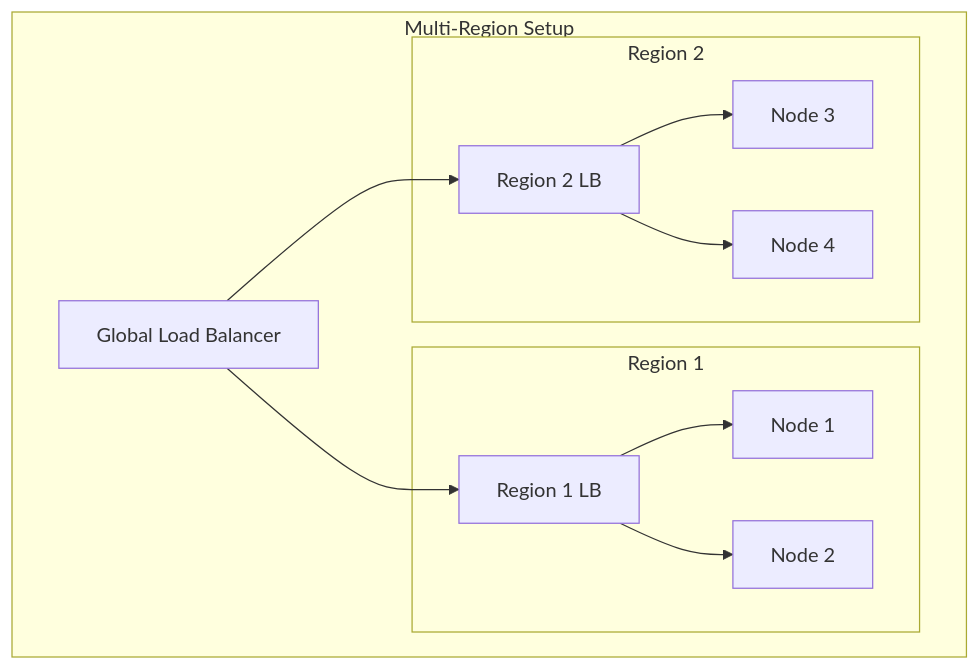
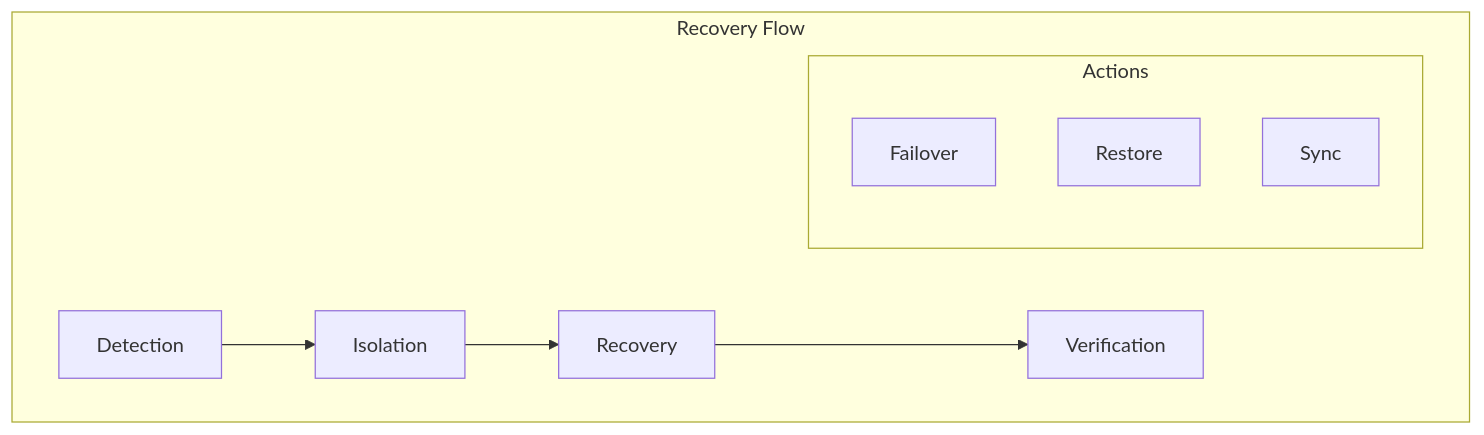
Before and after one commit to saravanakumarrc/Architecture_Journey: the fifth of 7 diagrams in src/High_Availability_Design.md, drawn with Mermaid. The commit also changed other lines of this file and 2 other files, not shown here.

Commit message:
Enhance High Availability Design documentation with core concepts, redundancy models, and recovery strategies; improve clarity and structure of monitoring and disaster recovery sections.

````diff
--- a/src/High_Availability_Design.md
+++ b/src/High_Availability_Design.md
@@ -236,19 +123,14 @@
 ```mermaid
 graph TB
-    subgraph "Multi-Region Setup"
-        LB[Global Load Balancer]
+    subgraph "Recovery Flow"
+        D[Detection] --> I[Isolation]
+        I --> R[Recovery]
+        R --> V[Verification]
         
-        subgraph "Region 1"
-            R1[Region 1 LB] --> N1[Node 1]
-            R1 --> N2[Node 2]
+        subgraph "Actions"
+            FAIL[Failover]
+            REST[Restore]
+            SYNC[Sync]
         end
-        
-        subgraph "Region 2"
-            R2[Region 2 LB] --> N3[Node 3]
-            R2 --> N4[Node 4]
-        end
-        
-        LB --> R1
-        LB --> R2
     end
 ```
````
